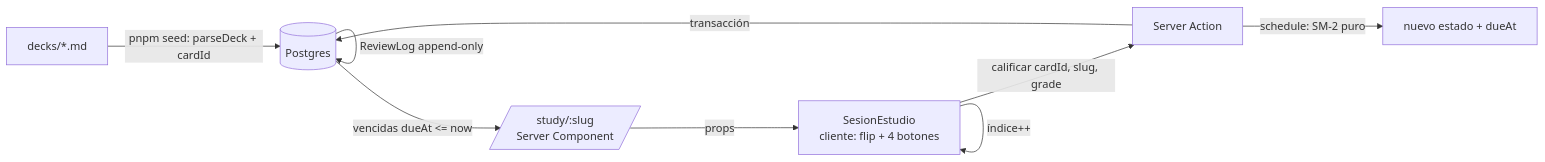
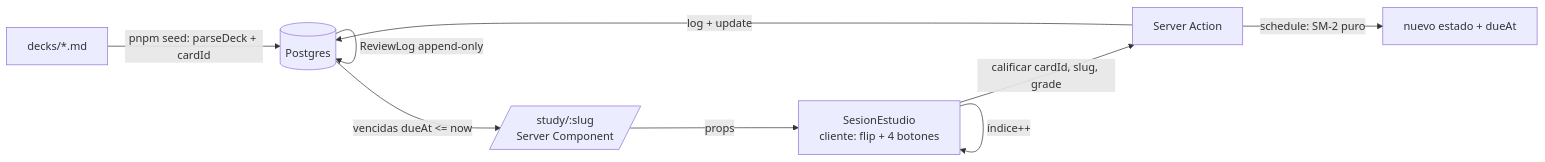
Before and after one commit to Fabrizio-Alvarez/mnemo: the diagram in DESARROLLO.md, drawn with Mermaid. The commit also changed other lines of this file and 1 other file, not shown here.

````diff
--- a/DESARROLLO.md
+++ b/DESARROLLO.md
@@ -156,11 +156,11 @@
 ```mermaid
 flowchart LR
     A[decks/*.md] -->|pnpm seed: parseDeck + cardId| B[(Postgres)]
     B -->|vencidas dueAt <= now| C[/study/:slug\nServer Component/]
     C -->|props| D[SesionEstudio\ncliente: flip + 4 botones]
     D -->|calificar cardId, slug, grade| E[Server Action]
     E -->|schedule: SM-2 puro| F[nuevo estado + dueAt]
-    E -->|transacción| B
+    E -->|log + update| B
     B -->|ReviewLog append-only| B
     D -->|índice++| D
 ```
````
